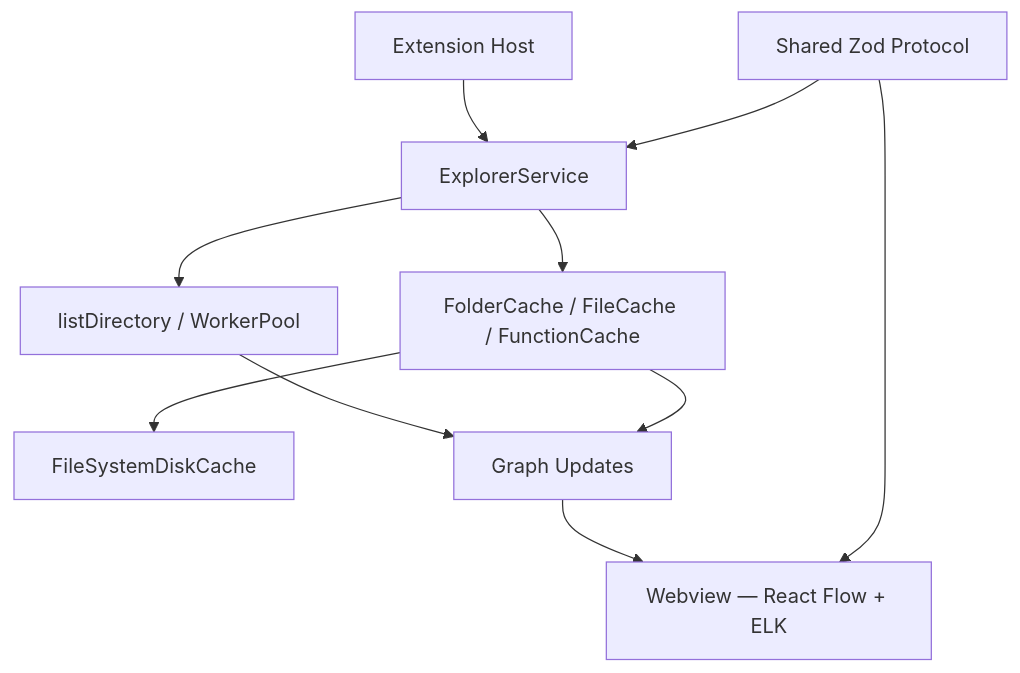
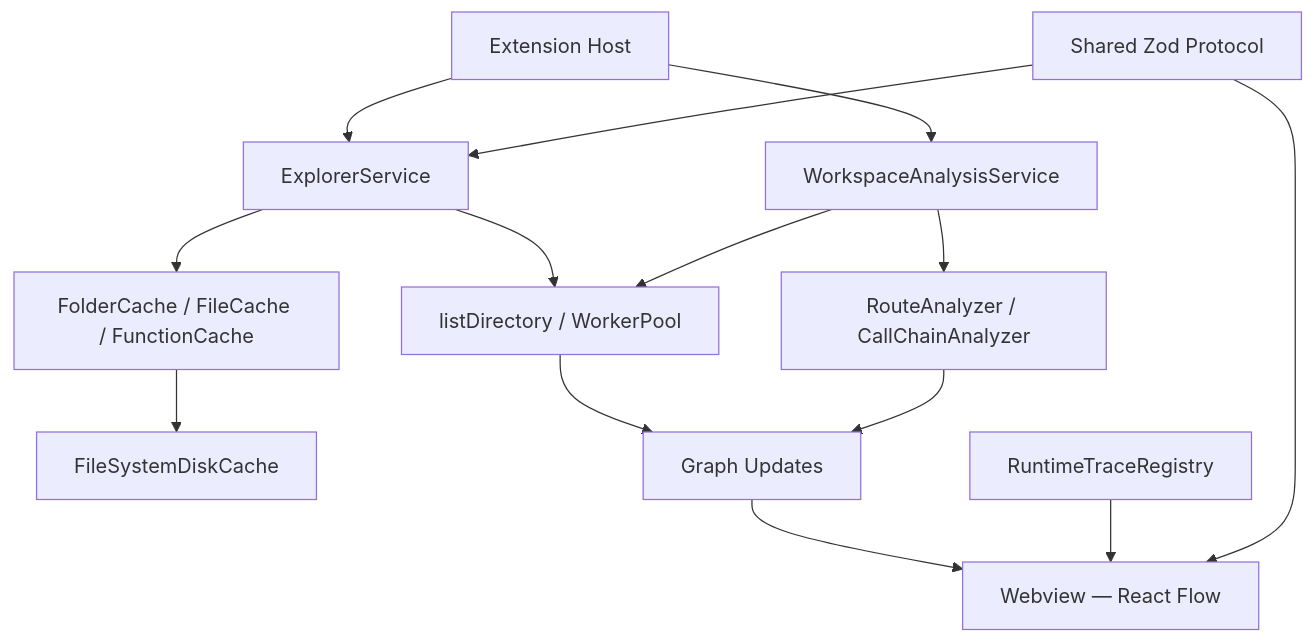
Before and after one commit to nipulsh/codemap: the sixth of 6 diagrams in README.md, drawn with Mermaid. The commit also changed other lines of this file and 7 other files, not shown here.

````diff
--- a/README.md
+++ b/README.md
@@ -92,12 +369,16 @@
 ```mermaid
 flowchart TD
     A[Extension Host] --> B[ExplorerService]
+    A --> W[WorkspaceAnalysisService]
     B --> C[listDirectory / WorkerPool]
     B --> D[FolderCache / FileCache / FunctionCache]
+    W --> C
+    W --> R[RouteAnalyzer / CallChainAnalyzer]
     D --> E[FileSystemDiskCache]
     C --> F[Graph Updates]
-    D --> F
-    F --> G[Webview — React Flow + ELK]
+    R --> F
+    F --> G[Webview — React Flow]
+    RT[RuntimeTraceRegistry] --> G
     H[Shared Zod Protocol] --> B
     H --> G
 ```
````
